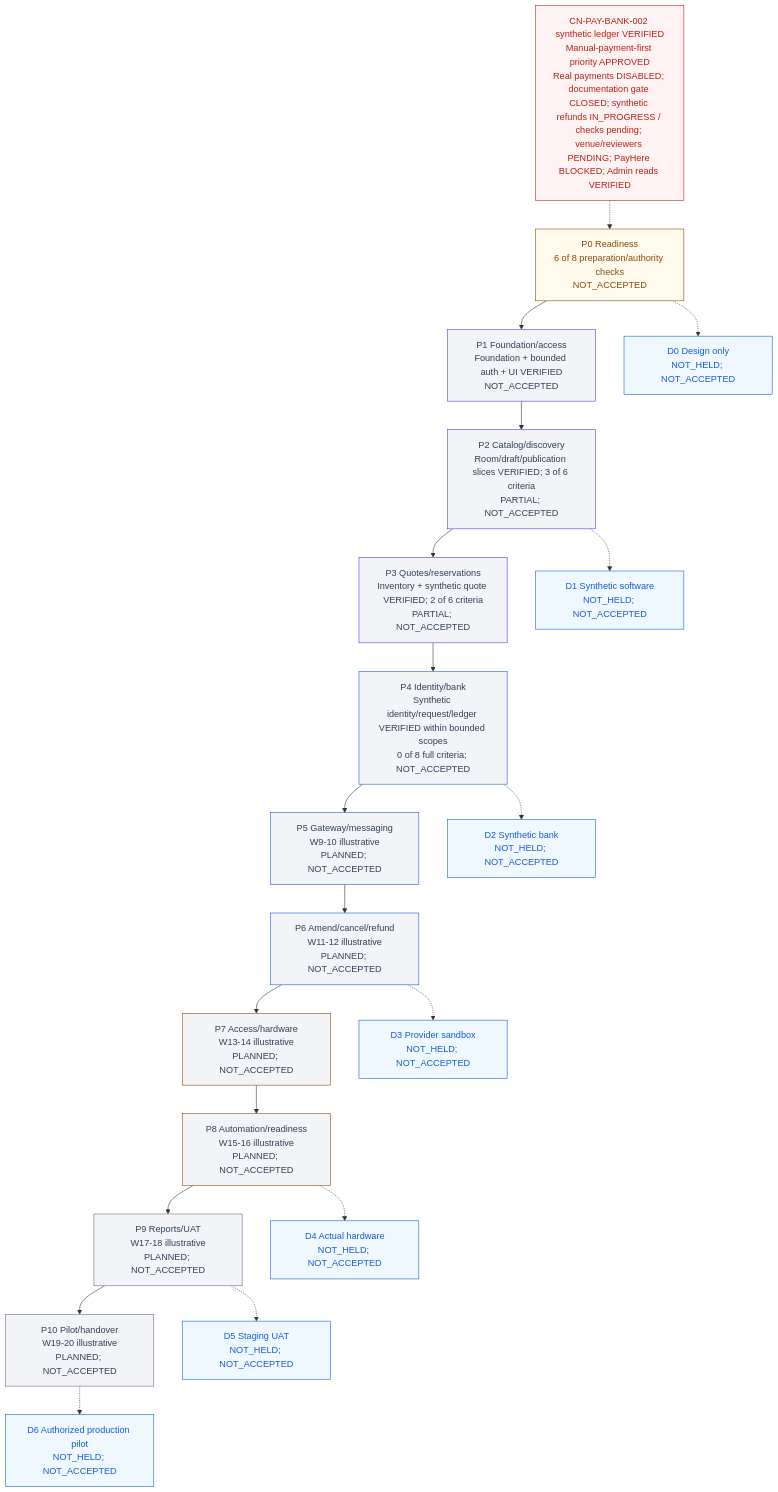
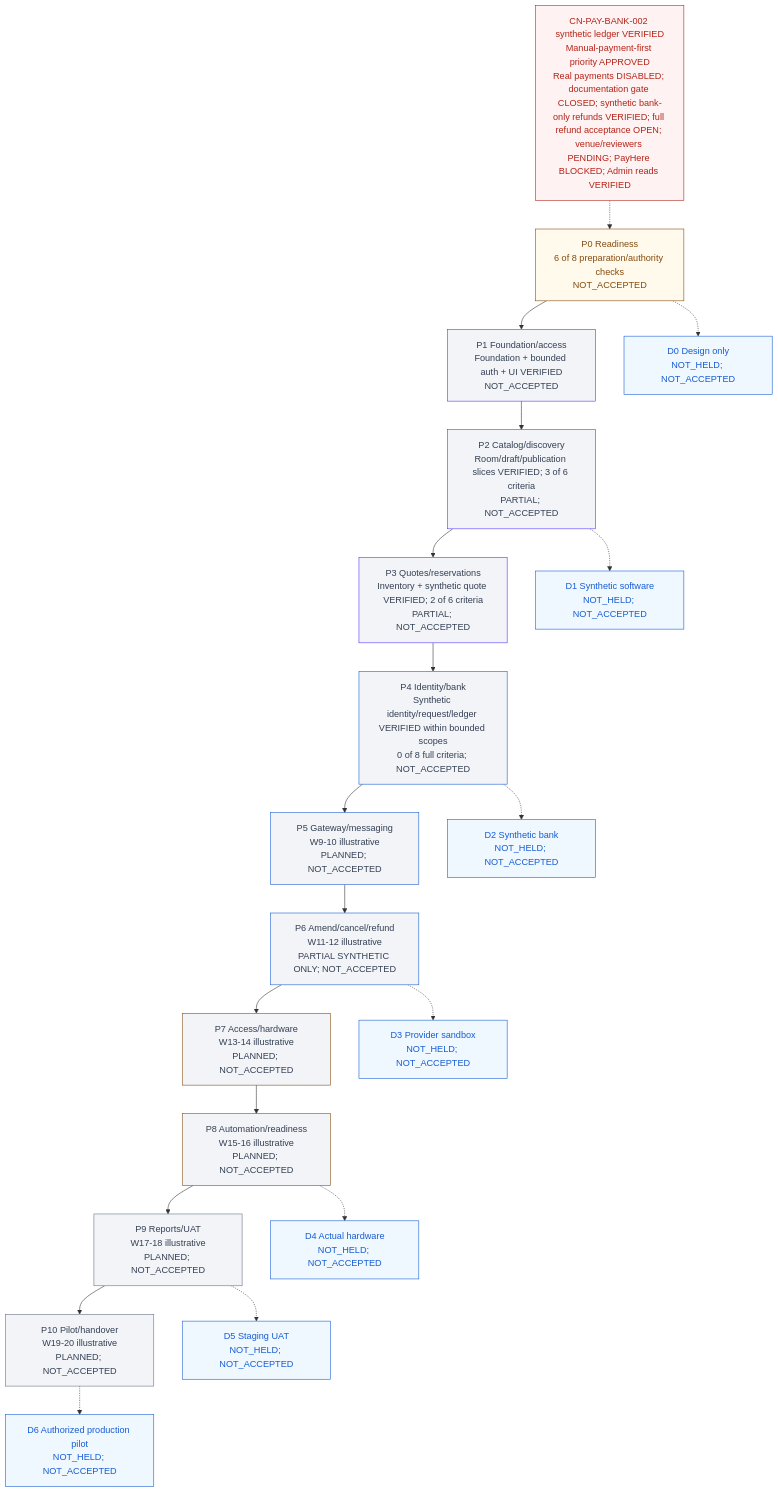
One commit to Hasitha3513/Theater-Project changed the diagram in knowledge/PROGRESS.md. Above: the diagram before and after it, drawn with Mermaid. The commit also changed other lines of this file and 5 other files, not shown here.

Commit message:
docs(refunds): record verified synthetic closure and retained gates

````diff
--- a/knowledge/PROGRESS.md
+++ b/knowledge/PROGRESS.md
@@ -313,45 +313,45 @@
 ```mermaid
 flowchart TB
-  G["CN-PAY-BANK-002 synthetic ledger VERIFIED<br/>Manual-payment-first priority APPROVED<br/>Real payments DISABLED; documentation gate CLOSED; synthetic refunds IN_PROGRESS / checks pending; venue/reviewers PENDING; PayHere BLOCKED; Admin reads VERIFIED"]
+  G["CN-PAY-BANK-002 synthetic ledger VERIFIED<br/>Manual-payment-first priority APPROVED<br/>Real payments DISABLED; documentation gate CLOSED; synthetic bank-only refunds VERIFIED; full refund acceptance OPEN; venue/reviewers PENDING; PayHere BLOCKED; Admin reads VERIFIED"]
   P0["P0 Readiness<br/>6 of 8 preparation/authority checks<br/>NOT_ACCEPTED"]
   P1["P1 Foundation/access<br/>Foundation + bounded auth + UI VERIFIED<br/>NOT_ACCEPTED"]
   P2["P2 Catalog/discovery<br/>Room/draft/publication slices VERIFIED; 3 of 6 criteria<br/>PARTIAL; NOT_ACCEPTED"]
   P3["P3 Quotes/reservations<br/>Inventory + synthetic quote VERIFIED; 2 of 6 criteria<br/>PARTIAL; NOT_ACCEPTED"]
   P4["P4 Identity/bank<br/>Synthetic identity/request/ledger VERIFIED within bounded scopes<br/>0 of 8 full criteria; NOT_ACCEPTED"]
   P5["P5 Gateway/messaging<br/>W9-10 illustrative<br/>PLANNED; NOT_ACCEPTED"]
-  P6["P6 Amend/cancel/refund<br/>W11-12 illustrative<br/>PLANNED; NOT_ACCEPTED"]
+  P6["P6 Amend/cancel/refund<br/>W11-12 illustrative<br/>PARTIAL SYNTHETIC ONLY; NOT_ACCEPTED"]
   P7["P7 Access/hardware<br/>W13-14 illustrative<br/>PLANNED; NOT_ACCEPTED"]
   P8["P8 Automation/readiness<br/>W15-16 illustrative<br/>PLANNED; NOT_ACCEPTED"]
   P9["P9 Reports/UAT<br/>W17-18 illustrative<br/>PLANNED; NOT_ACCEPTED"]
   P10["P10 Pilot/handover<br/>W19-20 illustrative<br/>PLANNED; NOT_ACCEPTED"]
   G -.-> P0
   P0 --> P1 --> P2 --> P3 --> P4 --> P5 --> P6 --> P7 --> P8 --> P9 --> P10
   D0["D0 Design only<br/>NOT_HELD; NOT_ACCEPTED"]
   D1["D1 Synthetic software<br/>NOT_HELD; NOT_ACCEPTED"]
   D2["D2 Synthetic bank<br/>NOT_HELD; NOT_ACCEPTED"]
   D3["D3 Provider sandbox<br/>NOT_HELD; NOT_ACCEPTED"]
   D4["D4 Actual hardware<br/>NOT_HELD; NOT_ACCEPTED"]
   D5["D5 Staging UAT<br/>NOT_HELD; NOT_ACCEPTED"]
   D6["D6 Authorized production pilot<br/>NOT_HELD; NOT_ACCEPTED"]
   P0 -.-> D0
   P2 -.-> D1
   P4 -.-> D2
   P6 -.-> D3
   P8 -.-> D4
   P9 -.-> D5
   P10 -.-> D6
   classDef readiness fill:#FFFAEB,color:#854A0E,stroke:#854A0E;
   classDef foundation fill:#F2F4F7,color:#344054,stroke:#5135FF;
   classDef financial fill:#F2F4F7,color:#344054,stroke:#175CD3;
   classDef physical fill:#F2F4F7,color:#344054,stroke:#854A0E;
   classDef release fill:#F2F4F7,color:#344054,stroke:#667085;
   classDef blocked fill:#FEF3F2,color:#B42318,stroke:#B42318;
   classDef demo fill:#EFF8FF,color:#175CD3,stroke:#175CD3;
   class P0 readiness;
   class P1,P2,P3 foundation;
   class P4,P5,P6 financial;
   class P7,P8 physical;
   class P9,P10 release;
   class G blocked;
   class D0,D1,D2,D3,D4,D5,D6 demo;
 ```
````
